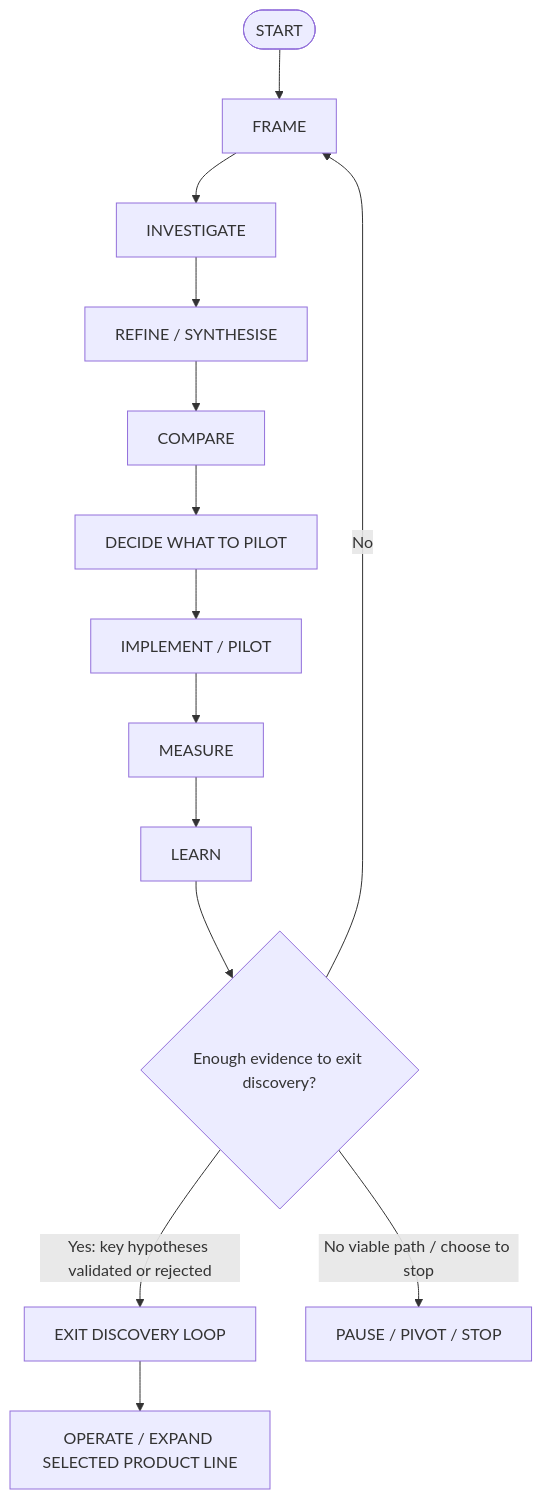
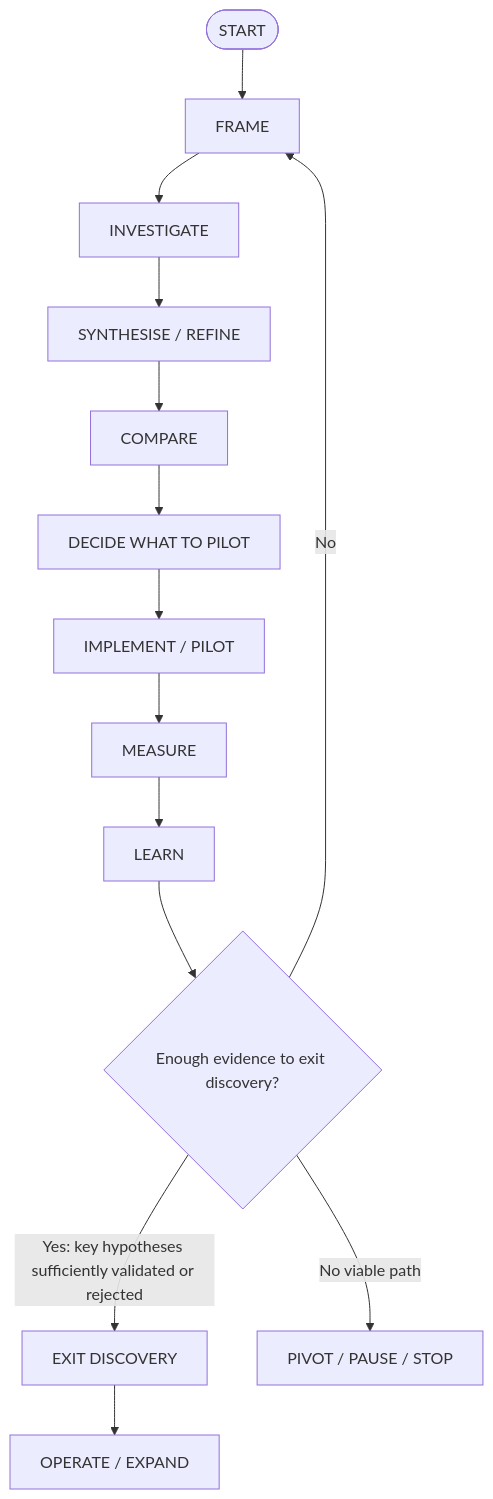
One commit to luishgarciap/etsy-digital-products changed the diagram in README.md. Above: the diagram before and after it, drawn with Mermaid. The commit also changed other lines of this file and 22 other files, not shown here.

````diff
--- a/README.md
+++ b/README.md
@@ -24,16 +13,16 @@
 ```mermaid
 flowchart TD
     S([START]) --> A[FRAME]
     A --> B[INVESTIGATE]
-    B --> C[REFINE / SYNTHESISE]
+    B --> C[SYNTHESISE / REFINE]
     C --> D[COMPARE]
     D --> E[DECIDE WHAT TO PILOT]
     E --> F[IMPLEMENT / PILOT]
     F --> G[MEASURE]
     G --> H[LEARN]
     H --> X{Enough evidence to exit discovery?}
     X -->|No| A
-    X -->|Yes: key hypotheses validated or rejected| Y[EXIT DISCOVERY LOOP]
-    Y --> Z[OPERATE / EXPAND SELECTED PRODUCT LINE]
-    X -->|No viable path / choose to stop| P[PAUSE / PIVOT / STOP]
+    X -->|Yes: key hypotheses sufficiently validated or rejected| Y[EXIT DISCOVERY]
+    Y --> Z[OPERATE / EXPAND]
+    X -->|No viable path| P[PIVOT / PAUSE / STOP]
 ```
````
